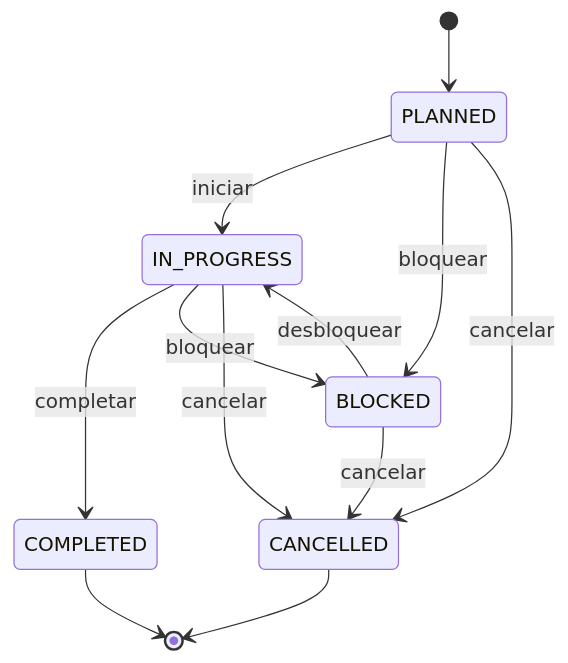
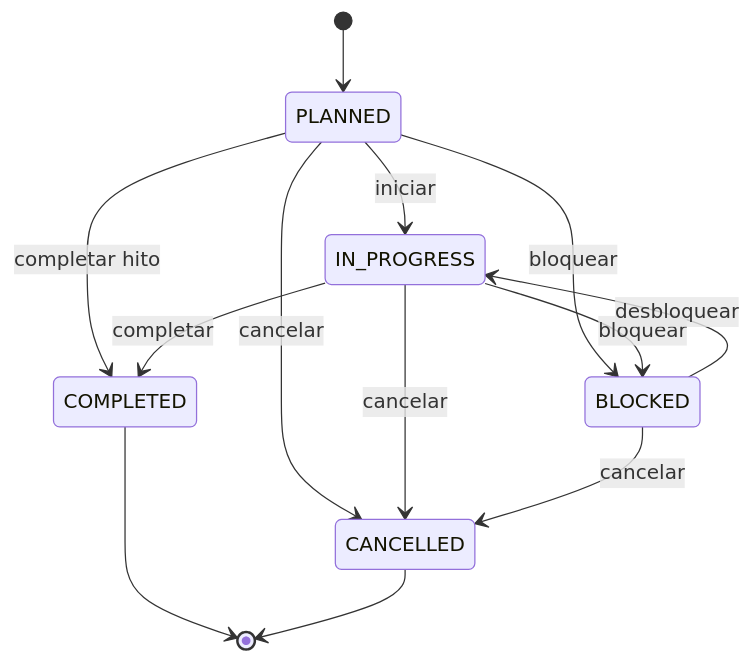
Before and after one commit to simonbravin/bloqer-v2: diagram 30 of 30 in docs/bloqer2.0/01-domain/STATE_MACHINES.md, drawn with Mermaid. The commit also changed other lines of this file and 45 other files, not shown here.

````diff
--- a/docs/bloqer2.0/01-domain/STATE_MACHINES.md
+++ b/docs/bloqer2.0/01-domain/STATE_MACHINES.md
@@ -900,14 +900,15 @@
 ```mermaid
 stateDiagram-v2
   [*] --> PLANNED
   PLANNED --> IN_PROGRESS : iniciar
   PLANNED --> BLOCKED : bloquear
   PLANNED --> CANCELLED : cancelar
+  PLANNED --> COMPLETED : completar hito
   IN_PROGRESS --> COMPLETED : completar
   IN_PROGRESS --> BLOCKED : bloquear
   IN_PROGRESS --> CANCELLED : cancelar
   BLOCKED --> IN_PROGRESS : desbloquear
   BLOCKED --> CANCELLED : cancelar
   COMPLETED --> [*]
   CANCELLED --> [*]
 ```
````
